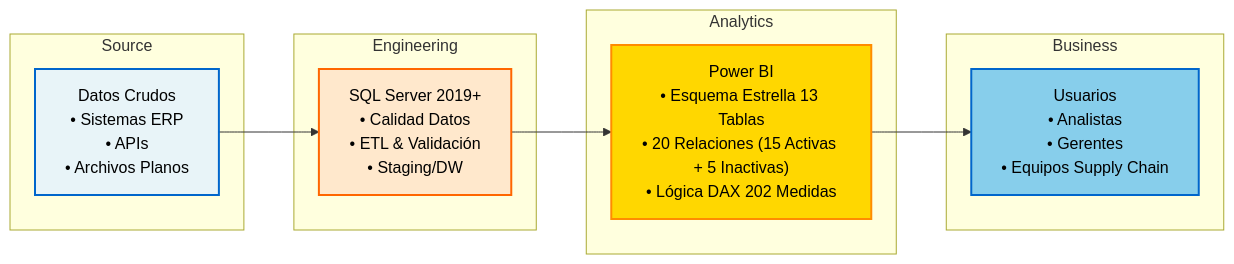
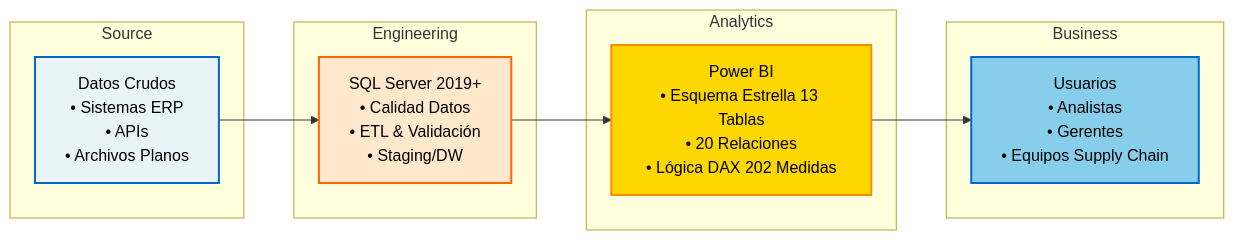
Before and after one commit to Data-Marc/pharma-logistics-bi: the diagram in README [ES].md, drawn with Mermaid. The commit also changed 2 other files, not shown here.

Commit message:
docs: Simplify relationships display to '20 Relationships' in architecture diagrams

````diff
--- a/README [ES].md
+++ b/README [ES].md
@@ -77,27 +77,27 @@
 ```mermaid
 graph LR
     subgraph "Source"
     A["Datos Crudos<br/>• Sistemas ERP<br/>• APIs<br/>• Archivos Planos"]
     end
     
     subgraph "Engineering"
     B["SQL Server 2019+<br/>• Calidad Datos<br/>• ETL & Validación<br/>• Staging/DW"]
     end
     
     subgraph "Analytics"
-    C["Power BI<br/>• Esquema Estrella 13 Tablas<br/>• 20 Relaciones (15 Activas + 5 Inactivas)<br/>• Lógica DAX 202 Medidas"]
+    C["Power BI<br/>• Esquema Estrella 13 Tablas<br/>• 20 Relaciones<br/>• Lógica DAX 202 Medidas"]
     end
     
     subgraph "Business"
     D["Usuarios<br/>• Analistas<br/>• Gerentes<br/>• Equipos Supply Chain"]
     end
 
     A --> B
     B --> C
     C --> D
     
     style A fill:#e8f4f8,stroke:#0066cc,stroke-width:2px,color:#000
     style B fill:#ffe8cc,stroke:#ff6600,stroke-width:2px,color:#000
     style C fill:#ffd700,stroke:#ff8c00,stroke-width:2px,color:#000
     style D fill:#87ceeb,stroke:#0066cc,stroke-width:2px,color:#000
 ```
````
